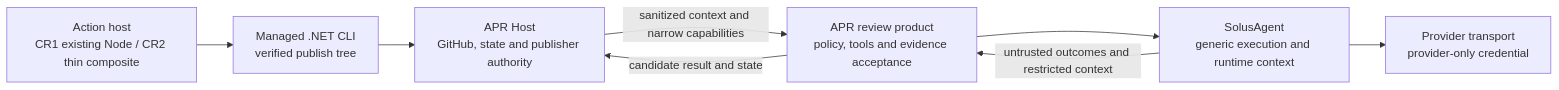
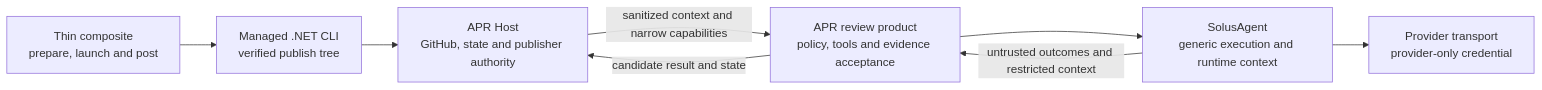
One commit to SolusQuest/agentic-pr-review changed the diagram in docs/20_architecture/architecture.md. Above: the diagram before and after it, drawn with Mermaid. The commit also changed other lines of this file and 10 other files, not shown here.

````diff
--- a/docs/20_architecture/architecture.md
+++ b/docs/20_architecture/architecture.md
@@ -47,10 +47,10 @@
 ```mermaid
 flowchart LR
-    Wrapper["Action host<br/>CR1 existing Node / CR2 thin composite"] --> App["Managed .NET CLI<br/>verified publish tree"]
+    Wrapper["Thin composite<br/>prepare, launch and post"] --> App["Managed .NET CLI<br/>verified publish tree"]
     App --> Host["APR Host<br/>GitHub, state and publisher authority"]
     Host -->|"sanitized context and narrow capabilities"| Product["APR review product<br/>policy, tools and evidence acceptance"]
     Product --> Runtime["SolusAgent<br/>generic execution and runtime context"]
     Runtime --> Provider["Provider transport<br/>provider-only credential"]
     Runtime -->|"untrusted outcomes and restricted context"| Product
     Product -->|"candidate result and state"| Host
 ```
````
